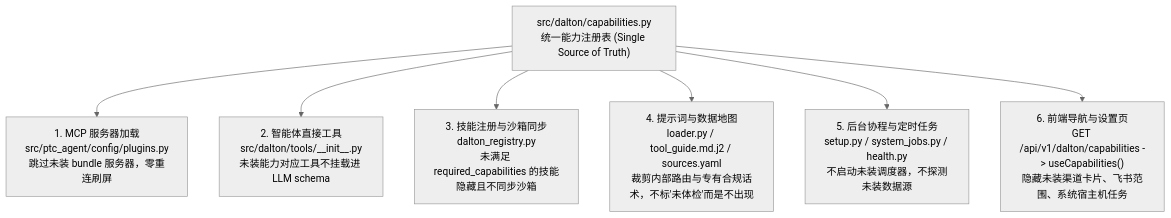
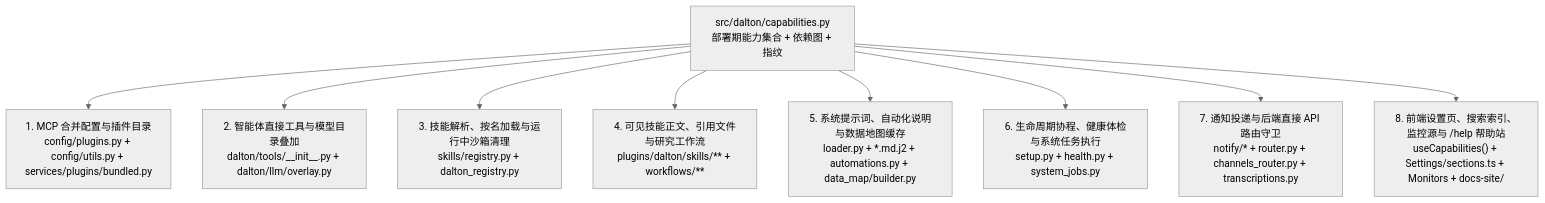
One commit to everflowinv/dalton-langalpha changed the second of 3 diagrams in docs/dalton/features/standalone-core.md. Above: the diagram before and after it, drawn with Mermaid (neutral theme). The commit also changed other lines of this file, not shown here.

````diff
--- a/docs/dalton/features/standalone-core.md
+++ b/docs/dalton/features/standalone-core.md
@@ -240,10 +258,12 @@
 ```mermaid
 flowchart TD
-    Cap["src/dalton/capabilities.py<br/>统一能力注册表 (Single Source of Truth)"]
-    Cap --> C1["1. MCP 服务器加载<br/>src/ptc_agent/config/plugins.py<br/>跳过未装 bundle 服务器，零重连刷屏"]
-    Cap --> C2["2. 智能体直接工具<br/>src/dalton/tools/__init__.py<br/>未装能力对应工具不挂载进 LLM schema"]
-    Cap --> C3["3. 技能注册与沙箱同步<br/>dalton_registry.py<br/>未满足 required_capabilities 的技能隐藏且不同步沙箱"]
-    Cap --> C4["4. 提示词与数据地图<br/>loader.py / tool_guide.md.j2 / sources.yaml<br/>裁剪内部路由与专有合规话术，不标'未体检'而是不出现"]
-    Cap --> C5["5. 后台协程与定时任务<br/>setup.py / system_jobs.py / health.py<br/>不启动未装调度器，不探测未装数据源"]
-    Cap --> C6["6. 前端导航与设置页<br/>GET /api/v1/dalton/capabilities -> useCapabilities()<br/>隐藏未装渠道卡片、飞书范围、系统宿主机任务"]
+    Cap["src/dalton/capabilities.py<br/>部署期能力集合 + 依赖图 + 指纹"]
+    Cap --> L1["1. MCP 合并配置与插件目录<br/>config/plugins.py + config/utils.py + services/plugins/bundled.py"]
+    Cap --> L2["2. 智能体直接工具与模型目录叠加<br/>dalton/tools/__init__.py + dalton/llm/overlay.py"]
+    Cap --> L3["3. 技能解析、按名加载与运行中沙箱清理<br/>skills/registry.py + dalton_registry.py"]
+    Cap --> L4["4. 可见技能正文、引用文件与研究工作流<br/>plugins/dalton/skills/** + workflows/**"]
+    Cap --> L5["5. 系统提示词、自动化说明与数据地图缓存<br/>loader.py + *.md.j2 + automations.py + data_map/builder.py"]
+    Cap --> L6["6. 生命周期协程、健康体检与系统任务执行<br/>setup.py + health.py + system_jobs.py"]
+    Cap --> L7["7. 通知投递与后端直接 API 路由守卫<br/>notify/* + router.py + channels_router.py + transcriptions.py"]
+    Cap --> L8["8. 前端设置页、搜索索引、监控源与 /help 帮助站<br/>useCapabilities() + Settings/sections.ts + Monitors + docs-site/"]
 ```
````
